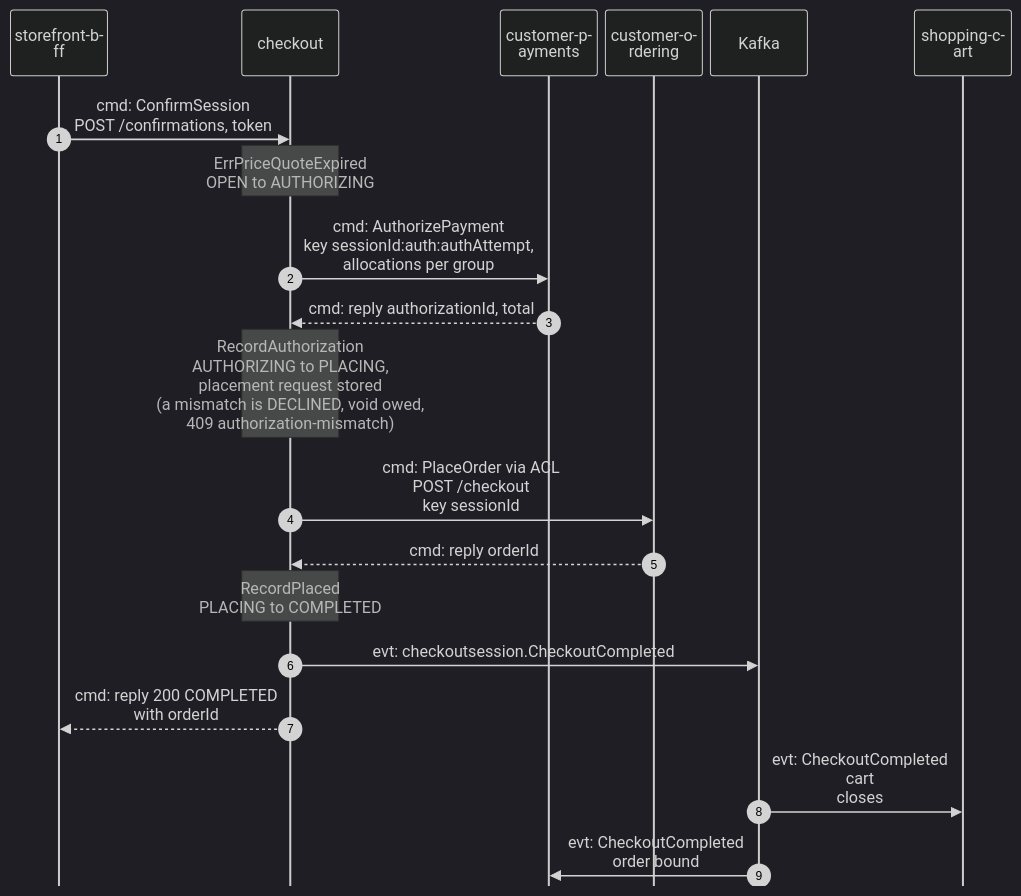
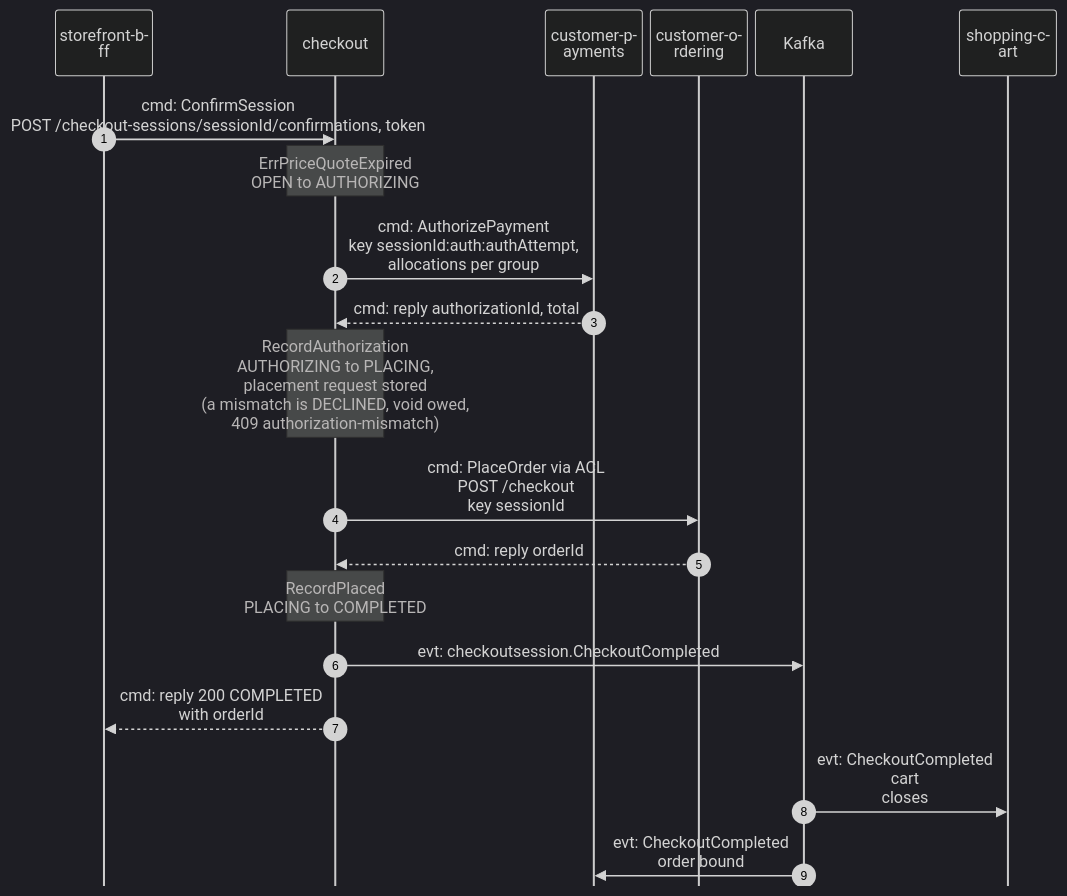
One commit to IQVO/warehouse-docs changed the second of 5 diagrams in storefront/docs/contexts/checkout/domain-message-flow.md. Above: the diagram before and after it, drawn with Mermaid (dark theme). The commit also changed 8 other files, not shown here.

````diff
--- a/storefront/docs/contexts/checkout/domain-message-flow.md
+++ b/storefront/docs/contexts/checkout/domain-message-flow.md
@@ -68,23 +68,23 @@
 ```mermaid
 %%{init: {"sequence": {"wrap": true, "width": 96, "actorMargin": 8, "messageMargin": 28, "boxMargin": 6, "noteMargin": 6, "mirrorActors": false}}}%%
 sequenceDiagram
     autonumber
     participant BFF as storefront-bff
     participant CK as checkout
     participant CP as customer-payments
     participant CO as customer-ordering
     participant K as Kafka
     participant SC as shopping-cart
-    BFF->>CK: cmd: ConfirmSession<br/>POST /confirmations, token
+    BFF->>CK: cmd: ConfirmSession<br/>POST /checkout-sessions/sessionId/confirmations, token
     Note over CK: ErrPriceQuoteExpired<br/>OPEN to AUTHORIZING
     CK->>CP: cmd: AuthorizePayment<br/>key sessionId:auth:authAttempt,<br/>allocations per group
     CP-->>CK: cmd: reply authorizationId, total
     Note over CK: RecordAuthorization<br/>AUTHORIZING to PLACING,<br/>placement request stored<br/>(a mismatch is DECLINED, void owed,<br/>409 authorization-mismatch)
     CK->>CO: cmd: PlaceOrder via ACL<br/>POST /checkout<br/>key sessionId
     CO-->>CK: cmd: reply orderId
     Note over CK: RecordPlaced<br/>PLACING to COMPLETED
     CK->>K: evt: checkoutsession.CheckoutCompleted
     CK-->>BFF: cmd: reply 200 COMPLETED<br/>with orderId
     K->>SC: evt: CheckoutCompleted<br/>cart closes
     K->>CP: evt: CheckoutCompleted<br/>order bound
 ```
````
